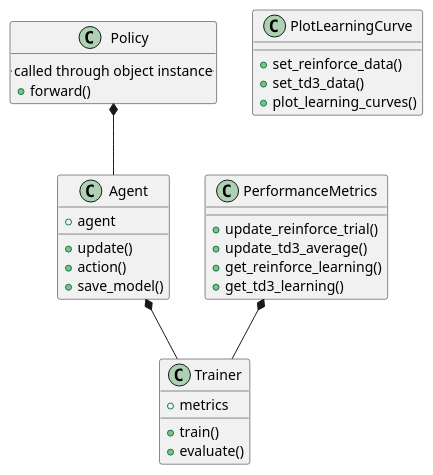
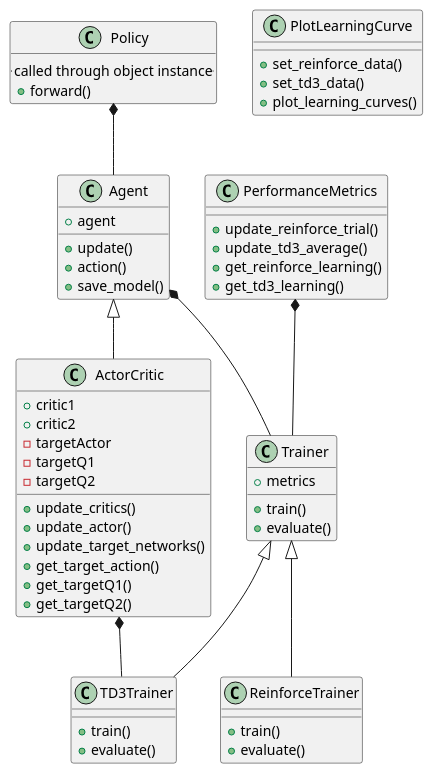
The diagram in doc/diagrams/DRL-framework-class.plantuml (RalleyD/walking_with_DRLs), drawn with PlantUML before and after one commit.

Commit message:
TD3 classes to class diagram

```diff
--- a/doc/diagrams/DRL-framework-class.plantuml
+++ b/doc/diagrams/DRL-framework-class.plantuml
@@ -1,40 +1,73 @@
 @startuml
 
 class Policy {
     .. called through object instance ..
     + forward()
 }
 
 class Agent {
     + agent
     + update()
     + action()
     + save_model()
 }
 
+class ActorCritic {
+    + critic1
+    + critic2
+    - targetActor
+    - targetQ1
+    - targetQ2
+    + update_critics()
+    + update_actor()
+    + update_target_networks()
+    + get_target_action()
+    + get_targetQ1()
+    + get_targetQ2()
+}
+
 Policy *-- Agent 
+
+Agent <|-- ActorCritic
 
 class Trainer {
     + metrics
     + train()
     + evaluate()
 }
 
 Agent *-- Trainer
+
+class ReinforceTrainer {
+    + train()
+    + evaluate()
+}
+
+class TD3Trainer {
+    + train()
+    + evaluate()
+}
+
+Trainer <|-- TD3Trainer
+
+Trainer <|-- ReinforceTrainer
+
+ActorCritic *-- TD3Trainer
+
 
 class PerformanceMetrics {
     + update_reinforce_trial()
     + update_td3_average()
     + get_reinforce_learning()
     + get_td3_learning()
 }
 
 PerformanceMetrics *-- Trainer
 
 class PlotLearningCurve {
     + set_reinforce_data()
     + set_td3_data()
     + plot_learning_curves()
 }
 
 @enduml
```
